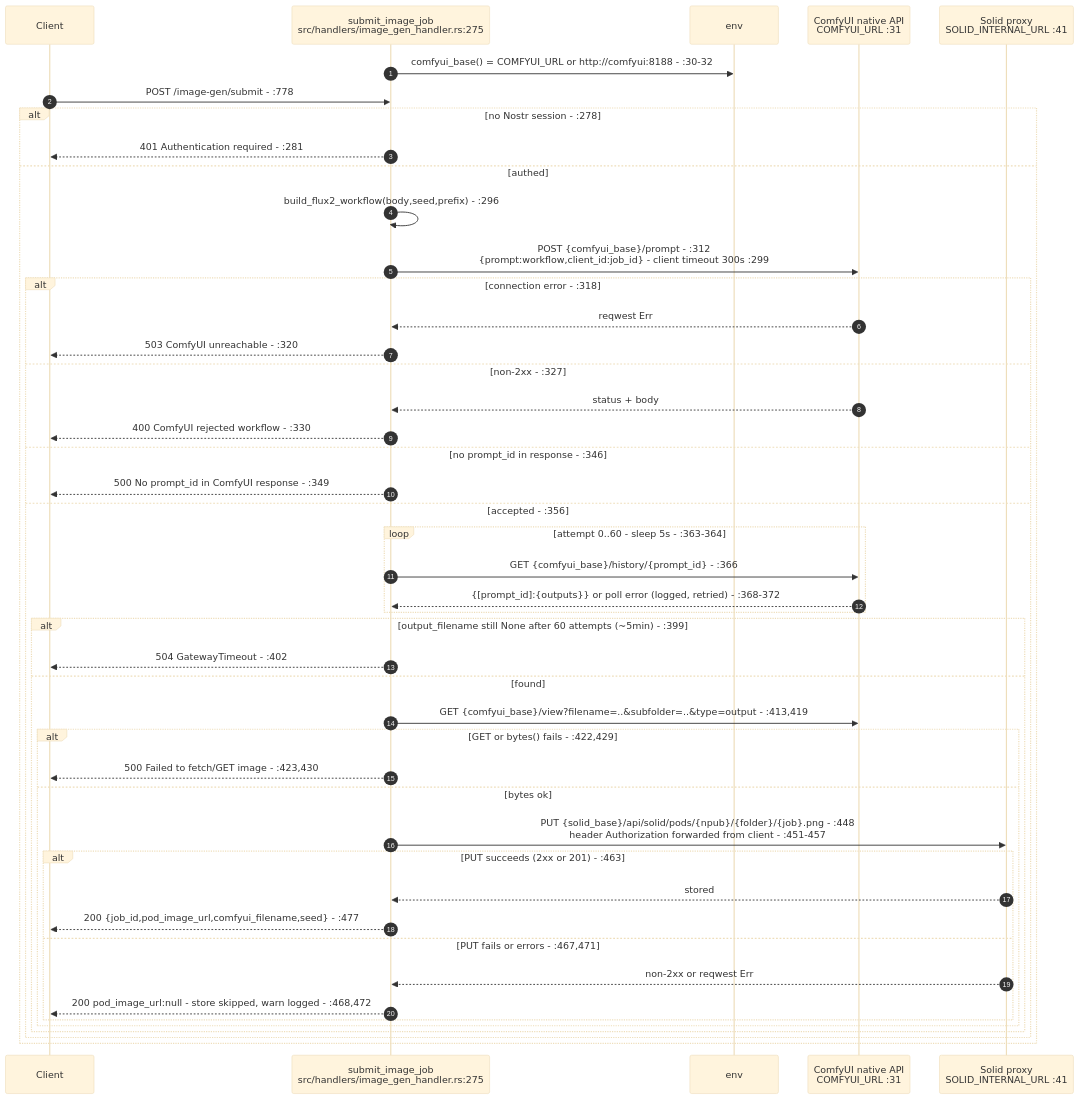
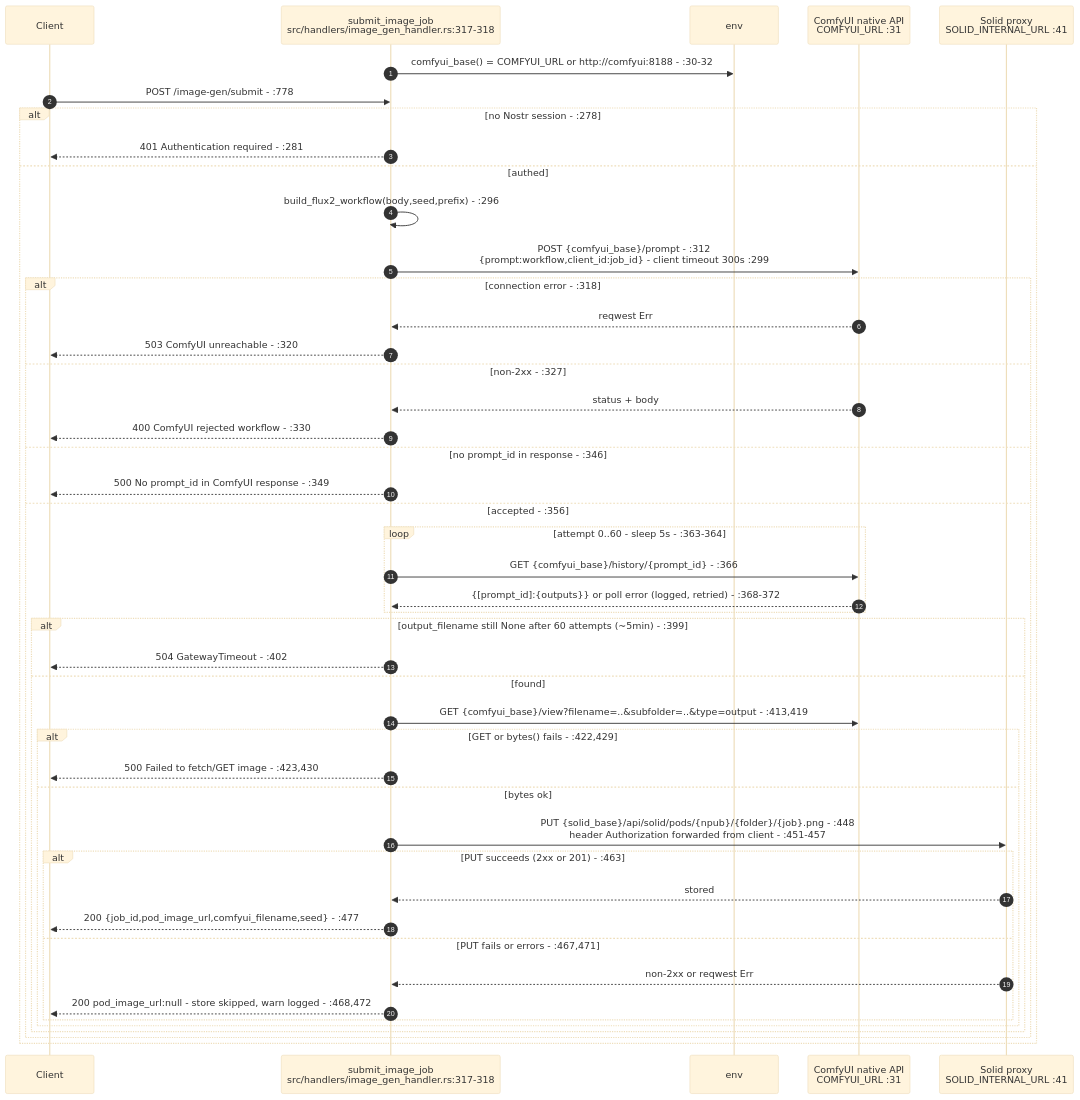
One commit to DreamLab-AI/AR-AI-Knowledge-Graph changed the fourth of 9 diagrams in docs/diagrams/visionclaw/28-external-services.md. Above: the diagram before and after it, drawn with Mermaid (base theme). The commit also changed other lines of this file and 36 other files, not shown here.

````diff
--- a/docs/diagrams/visionclaw/28-external-services.md
+++ b/docs/diagrams/visionclaw/28-external-services.md
@@ -163,49 +163,49 @@
 ```mermaid
 sequenceDiagram
     autonumber
     participant C as Client
-    participant IG as submit_image_job<br/>src/handlers/image_gen_handler.rs:275
+    participant IG as submit_image_job<br/>src/handlers/image_gen_handler.rs:317-318
     participant ENV as env
     participant CF as ComfyUI native API<br/>COMFYUI_URL :31
     participant SOLID as Solid proxy<br/>SOLID_INTERNAL_URL :41
 
     IG->>ENV: comfyui_base() = COMFYUI_URL or http://comfyui:8188 - :30-32
     C->>IG: POST /image-gen/submit - :778
     alt no Nostr session - :278
         IG-->>C: 401 Authentication required - :281
     else authed
         IG->>IG: build_flux2_workflow(body,seed,prefix) - :296
         IG->>CF: POST {comfyui_base}/prompt - :312<br/>{prompt:workflow,client_id:job_id} - client timeout 300s :299
         alt connection error - :318
             CF-->>IG: reqwest Err
             IG-->>C: 503 ComfyUI unreachable - :320
         else non-2xx - :327
             CF-->>IG: status + body
             IG-->>C: 400 ComfyUI rejected workflow - :330
         else no prompt_id in response - :346
             IG-->>C: 500 No prompt_id in ComfyUI response - :349
         else accepted - :356
             loop attempt 0..60 - sleep 5s - :363-364
                 IG->>CF: GET {comfyui_base}/history/{prompt_id} - :366
                 CF-->>IG: {[prompt_id]:{outputs}} or poll error (logged, retried) - :368-372
             end
             alt output_filename still None after 60 attempts (~5min) - :399
                 IG-->>C: 504 GatewayTimeout - :402
             else found
                 IG->>CF: GET {comfyui_base}/view?filename=..&subfolder=..&type=output - :413,419
                 alt GET or bytes() fails - :422,429
                     IG-->>C: 500 Failed to fetch/GET image - :423,430
                 else bytes ok
                     IG->>SOLID: PUT {solid_base}/api/solid/pods/{npub}/{folder}/{job}.png - :448<br/>header Authorization forwarded from client - :451-457
                     alt PUT succeeds (2xx or 201) - :463
                         SOLID-->>IG: stored
                         IG-->>C: 200 {job_id,pod_image_url,comfyui_filename,seed} - :477
                     else PUT fails or errors - :467,471
                         SOLID-->>IG: non-2xx or reqwest Err
                         IG-->>C: 200 pod_image_url:null - store skipped, warn logged - :468,472
                     end
                 end
             end
         end
     end
 ```
````
